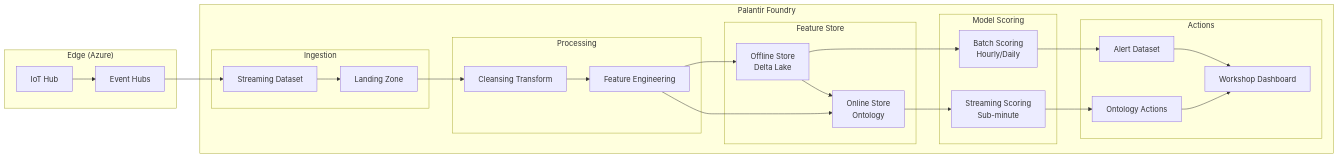
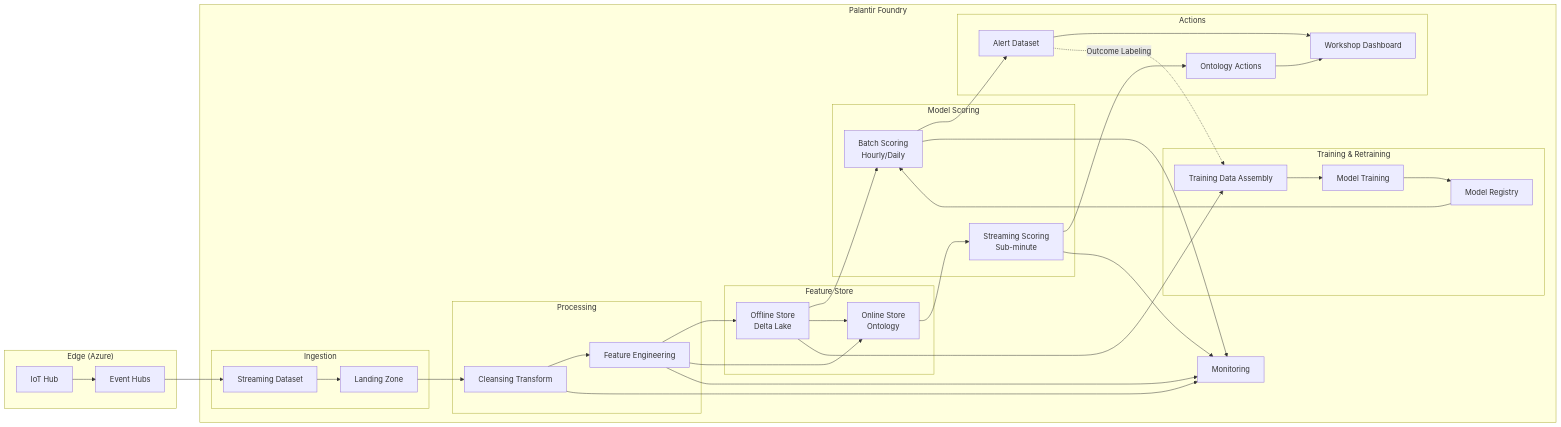
One commit to MrEleden/iot-ml-engineering changed the diagram in 05-architecture/system-overview.md. Above: the diagram before and after it, drawn with Mermaid. The commit also changed other lines of this file and 34 other files, not shown here.

````diff
--- a/05-architecture/system-overview.md
+++ b/05-architecture/system-overview.md
@@ -11,41 +11,57 @@
 ```mermaid
 flowchart LR
     subgraph Edge["Edge (Azure)"]
         IoT[IoT Hub]
         EH[Event Hubs]
     end
 
     subgraph Foundry["Palantir Foundry"]
         subgraph Ingest["Ingestion"]
             SD[Streaming Dataset]
             LZ[Landing Zone]
         end
 
         subgraph Process["Processing"]
             CL[Cleansing Transform]
             FE[Feature Engineering]
         end
 
         subgraph Store["Feature Store"]
             OFF[Offline Store\nDelta Lake]
             ON[Online Store\nOntology]
         end
 
         subgraph ML["Model Scoring"]
             BATCH[Batch Scoring\nHourly/Daily]
             STREAM[Streaming Scoring\nSub-minute]
         end
 
         subgraph Action["Actions"]
             ALERT[Alert Dataset]
             ONT[Ontology Actions]
             DASH[Workshop Dashboard]
         end
+
+        subgraph Train["Training & Retraining"]
+            TDA[Training Data Assembly]
+            MT[Model Training]
+            MR[Model Registry]
+        end
+
+        MON[Monitoring]
     end
 
     IoT --> EH --> SD --> LZ
     LZ --> CL --> FE
     FE --> OFF --> BATCH --> ALERT --> DASH
     FE --> ON --> STREAM --> ONT --> DASH
     OFF --> ON
+    OFF --> TDA --> MT --> MR --> BATCH
+
+    ALERT -.->|Outcome Labeling| TDA
+
+    BATCH --> MON
+    STREAM --> MON
+    FE --> MON
+    CL --> MON
 ```
````
